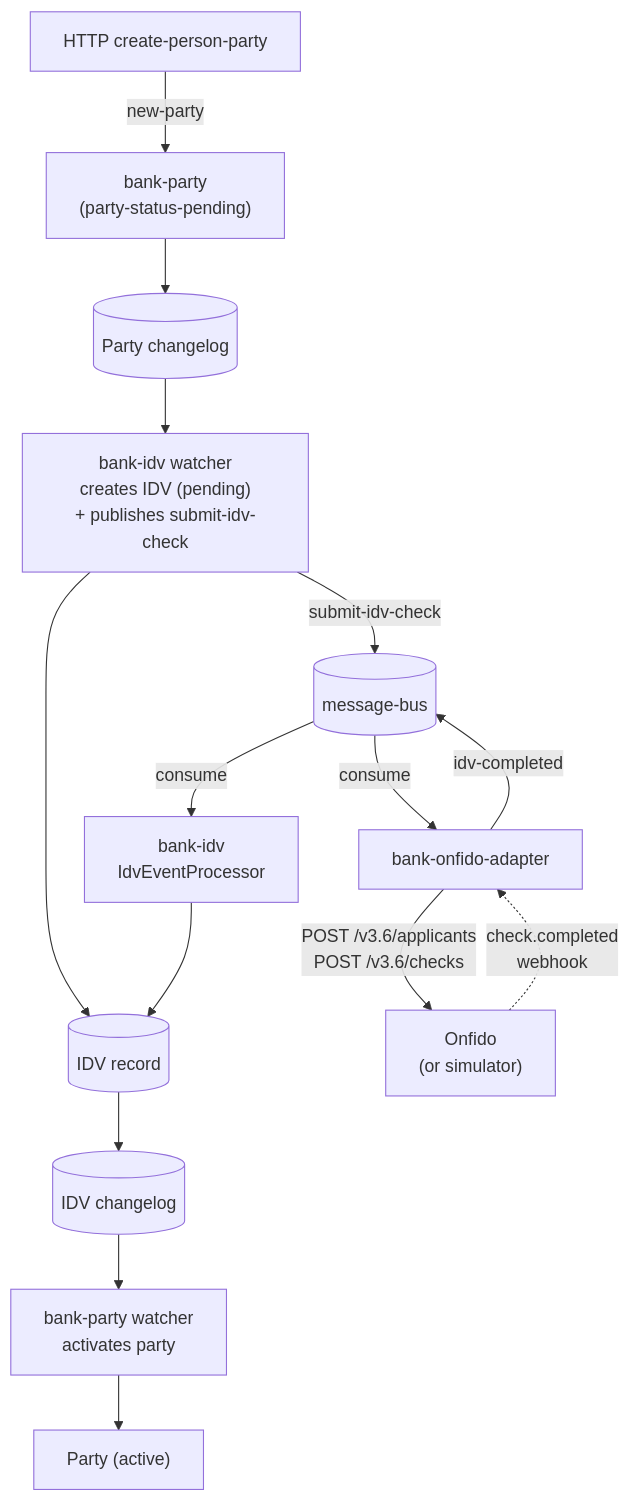
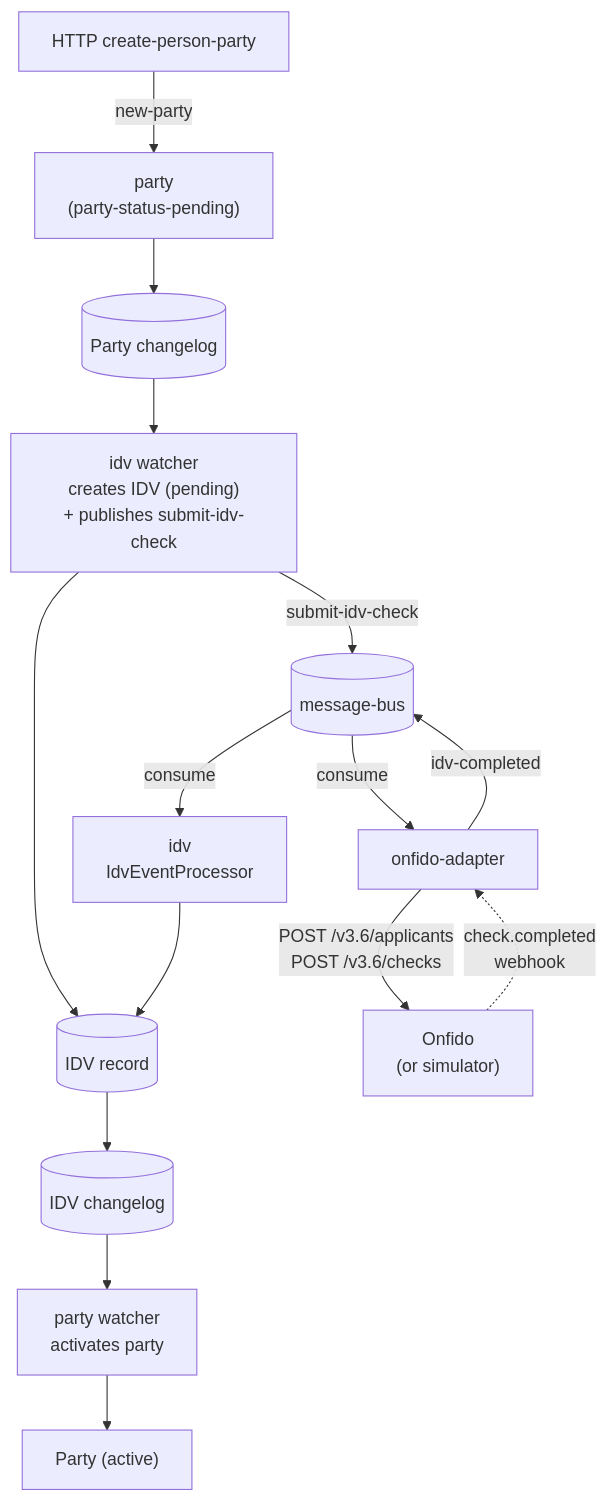
The first of 2 diagrams in docs/tdd/parties.md (kjothen/queenswood), drawn with Mermaid before and after one commit. The commit also changed other lines of this file and 51 other files, not shown here.

````diff
--- a/docs/tdd/parties.md
+++ b/docs/tdd/parties.md
@@ -106,30 +106,30 @@
 ```mermaid
 graph TD
     HTTP[HTTP create-person-party]
-    PARTY["bank-party<br/>(party-status-pending)"]
+    PARTY["party<br/>(party-status-pending)"]
     PCH[("Party changelog")]
-    IDV1["bank-idv watcher<br/>creates IDV (pending)<br/>+ publishes submit-idv-check"]
+    IDV1["idv watcher<br/>creates IDV (pending)<br/>+ publishes submit-idv-check"]
     IDV[("IDV record")]
     BUS[("message-bus")]
-    ADAPTER["bank-onfido-adapter"]
+    ADAPTER["onfido-adapter"]
     ONFIDO["Onfido<br/>(or simulator)"]
-    EP["bank-idv<br/>IdvEventProcessor"]
+    EP["idv<br/>IdvEventProcessor"]
     ICH[("IDV changelog")]
-    PARTY3["bank-party watcher<br/>activates party"]
+    PARTY3["party watcher<br/>activates party"]
     PARTY4["Party (active)"]
 
     HTTP -->|new-party| PARTY
     PARTY --> PCH
     PCH --> IDV1
     IDV1 --> IDV
     IDV1 -->|submit-idv-check| BUS
     BUS -->|consume| ADAPTER
     ADAPTER -->|POST /v3.6/applicants<br/>POST /v3.6/checks| ONFIDO
     ONFIDO -.->|check.completed<br/>webhook| ADAPTER
     ADAPTER -->|idv-completed| BUS
     BUS -->|consume| EP
     EP --> IDV
     IDV --> ICH
     ICH --> PARTY3
     PARTY3 --> PARTY4
 ```
````
